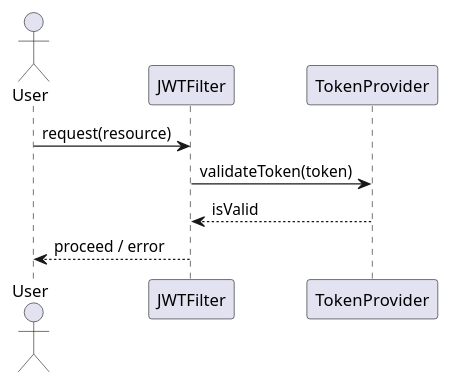
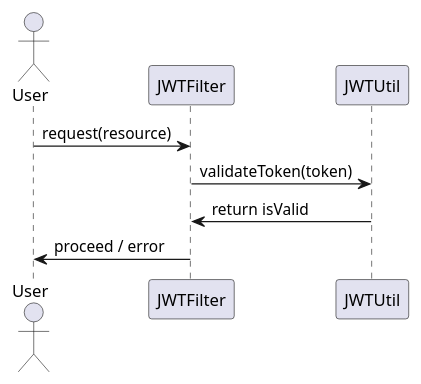
One commit to Dinesh-s95/AutoDoc.ai changed the third of 4 diagrams in enrollment/documentation/detaileddesign.adoc. Above: the diagram before and after it, drawn with PlantUML. The commit also changed other lines of this file and 15 other files, not shown here.

```diff
--- a/enrollment/documentation/detaileddesign.adoc
+++ b/enrollment/documentation/detaileddesign.adoc
@@ -218,13 +204,13 @@
 [plantuml, jwt-validation-sequence, png]
 ----
 @startuml
-actor User
-participant "JWTFilter" as Filter
-participant "TokenProvider" as TokenProvider
+actor "User" as user
+participant "JWTFilter" as jwtFilter
+participant "JWTUtil" as jwtUtil
 
-User -> Filter : request(resource)
-Filter -> TokenProvider : validateToken(token)
-TokenProvider --> Filter : isValid
-Filter --> User : proceed / error
+user -> jwtFilter : request(resource)
+jwtFilter -> jwtUtil : validateToken(token)
+jwtUtil -> jwtFilter : return isValid
+jwtFilter -> user : proceed / error
 @enduml
 ----
```
